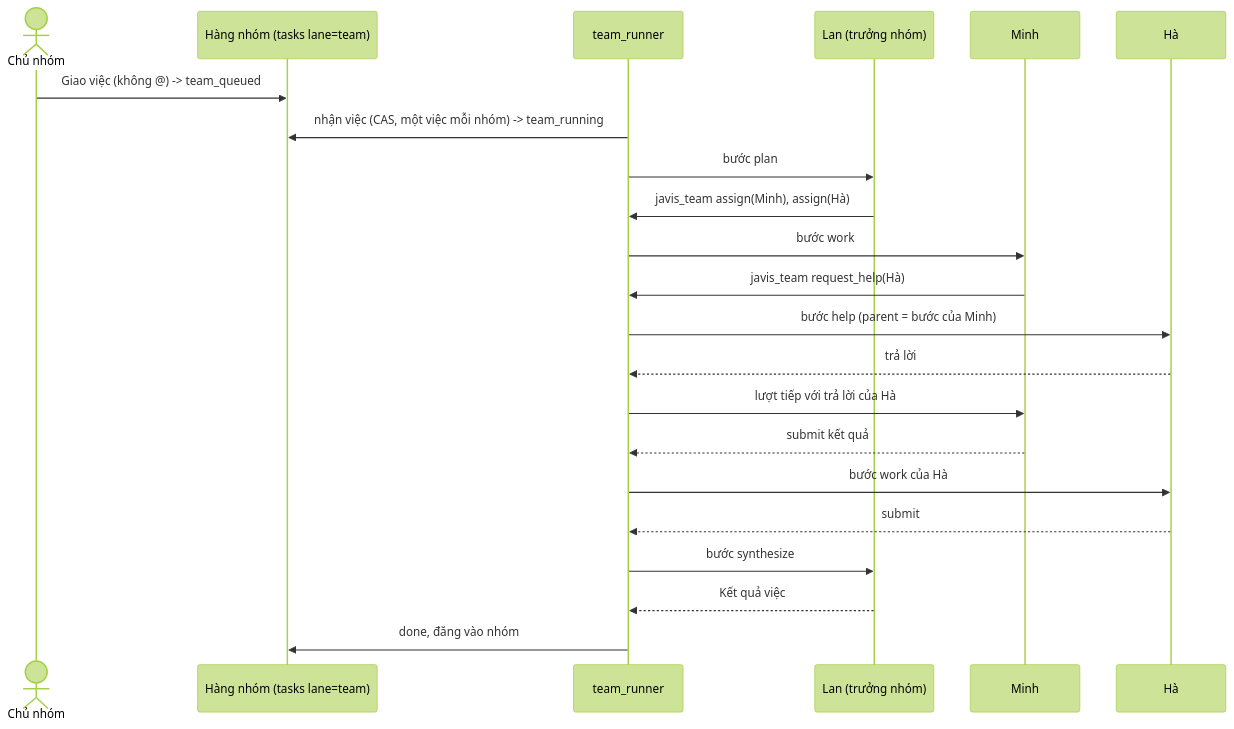
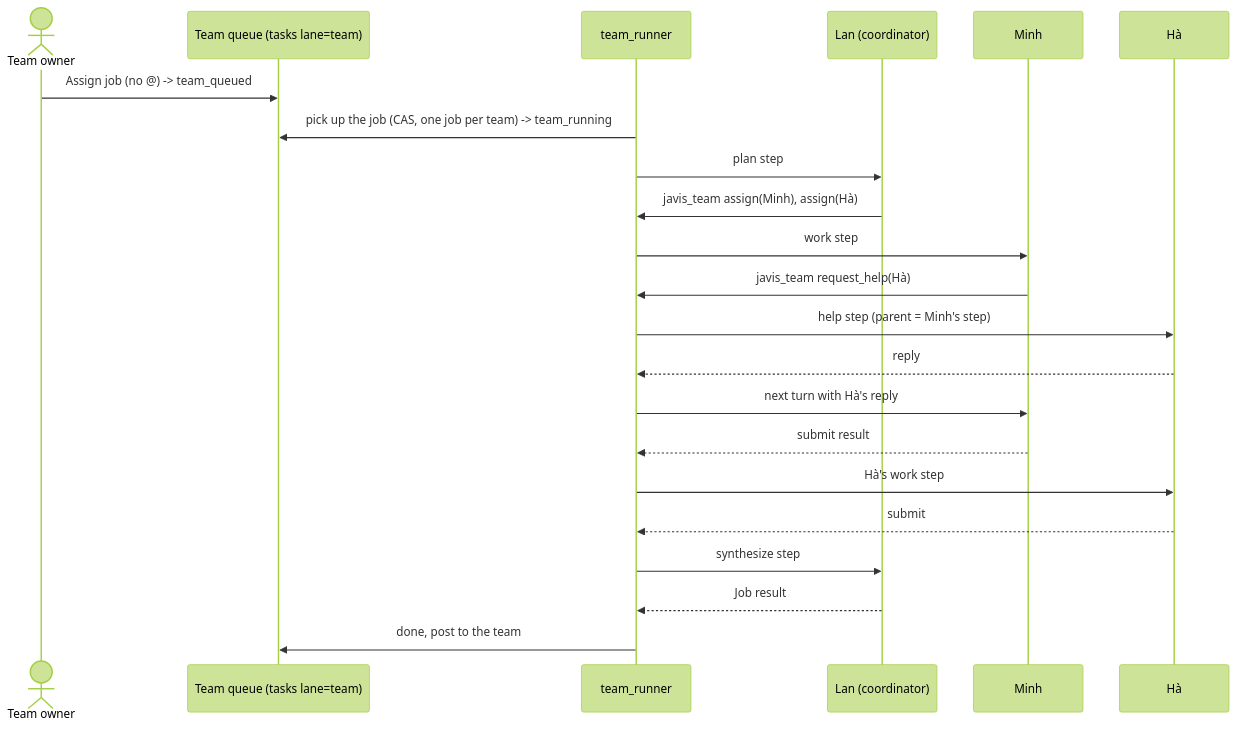
Before and after one commit to thebaci/Jarvis-007: the second of 3 diagrams in docs/dev/team-chat-wireframes.md, drawn with Mermaid (forest theme). The commit also changed other lines of this file and 14 other files, not shown here.

````diff
--- a/docs/dev/team-chat-wireframes.md
+++ b/docs/dev/team-chat-wireframes.md
@@ -232,24 +232,24 @@
 ```mermaid
 sequenceDiagram
-  actor Chu as Chủ nhóm
-  participant Q as Hàng nhóm (tasks lane=team)
+  actor Chu as Team owner
+  participant Q as Team queue (tasks lane=team)
   participant R as team_runner
-  participant L as Lan (trưởng nhóm)
+  participant L as Lan (coordinator)
   participant M as Minh
   participant H as Hà
-  Chu->>Q: Giao việc (không @) -> team_queued
-  R->>Q: nhận việc (CAS, một việc mỗi nhóm) -> team_running
-  R->>L: bước plan
+  Chu->>Q: Assign job (no @) -> team_queued
+  R->>Q: pick up the job (CAS, one job per team) -> team_running
+  R->>L: plan step
   L->>R: javis_team assign(Minh), assign(Hà)
-  R->>M: bước work
+  R->>M: work step
   M->>R: javis_team request_help(Hà)
-  R->>H: bước help (parent = bước của Minh)
-  H-->>R: trả lời
-  R->>M: lượt tiếp với trả lời của Hà
-  M-->>R: submit kết quả
-  R->>H: bước work của Hà
+  R->>H: help step (parent = Minh's step)
+  H-->>R: reply
+  R->>M: next turn with Hà's reply
+  M-->>R: submit result
+  R->>H: Hà's work step
   H-->>R: submit
-  R->>L: bước synthesize
-  L-->>R: Kết quả việc
-  R->>Q: done, đăng vào nhóm
+  R->>L: synthesize step
+  L-->>R: Job result
+  R->>Q: done, post to the team
 ```
````
